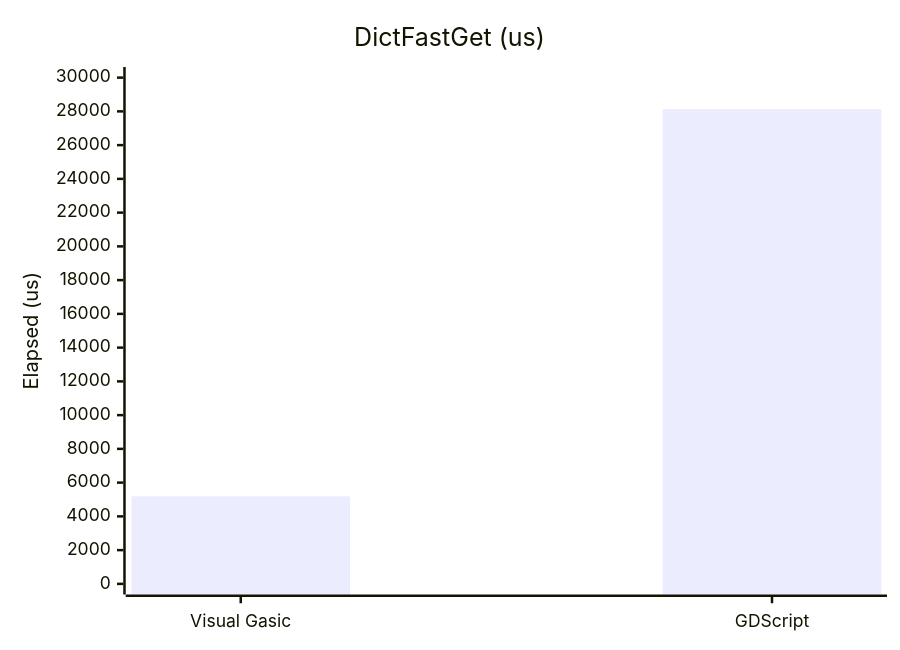
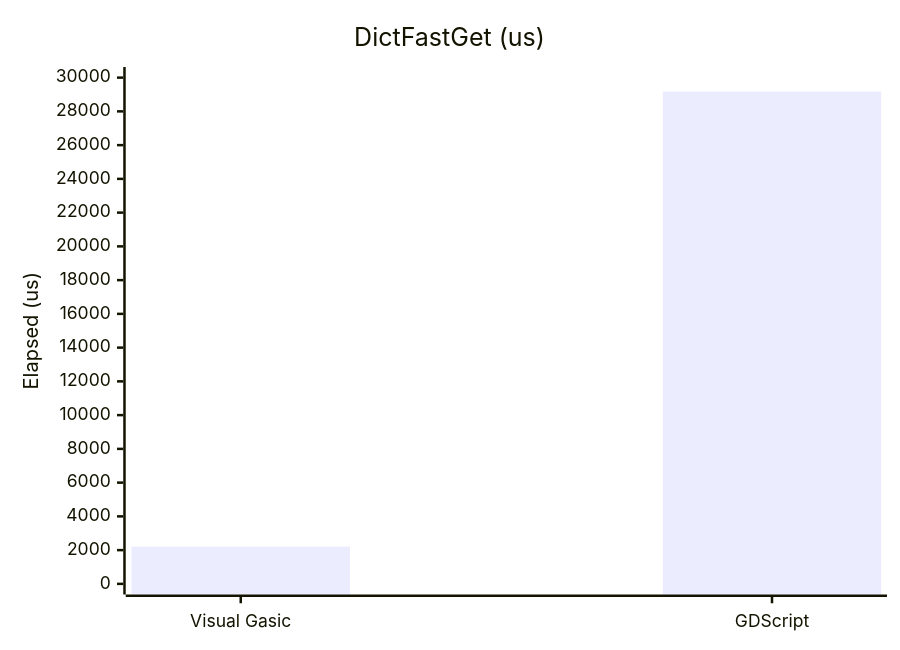
Before and after one commit to xgreenrx-star/VisualGasic: the seventh of 11 diagrams in docs/manual/performance.md, drawn with Mermaid. The commit also changed other lines of this file and 3 other files, not shown here.

````diff
--- a/docs/manual/performance.md
+++ b/docs/manual/performance.md
@@ -129,7 +137,7 @@
 ```mermaid
 xychart-beta
     title "DictFastGet (us)"
     x-axis ["Visual Gasic","GDScript"]
     y-axis "Elapsed (us)" 0 --> 30000
-    bar [5189,28132]
+    bar [2210,29177]
 ```
````
